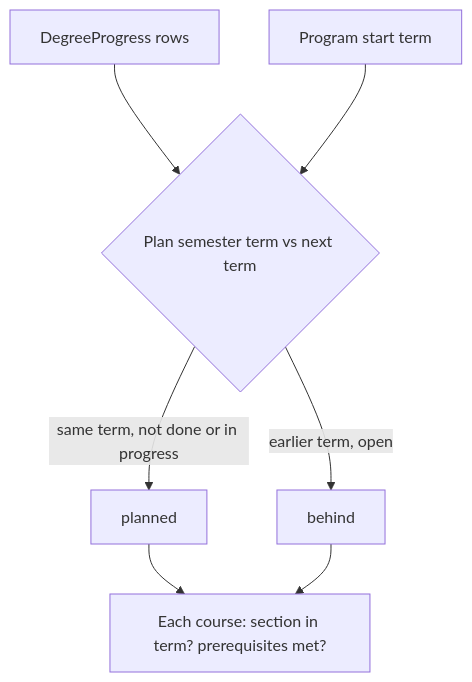
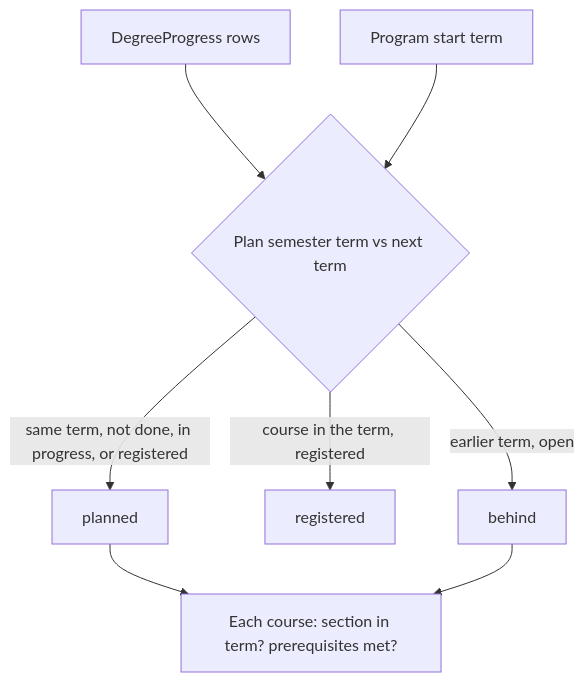
Diagram 12 of 14 in docs/degree-requirements.md (WITCodingClub/calendar-backend), drawn with Mermaid before and after one commit. The commit also changed other lines of this file and 15 other files, not shown here.

First line of the commit message:
feat: add a registered status for courses in a later term (#1031)

````diff
--- a/docs/degree-requirements.md
+++ b/docs/degree-requirements.md
@@ -572,9 +575,10 @@
 ```mermaid
 flowchart TD
   D[DegreeProgress rows] --> M{Plan semester term vs next term}
   P[Program start term] --> M
-  M -- same term, not done or in progress --> PL[planned]
+  M -- same term, not done, in progress, or registered --> PL[planned]
+  M -- course in the term, registered --> RG[registered]
   M -- earlier term, open --> B[behind]
   PL --> C[Each course: section in term? prerequisites met?]
   B --> C
 ```
````
